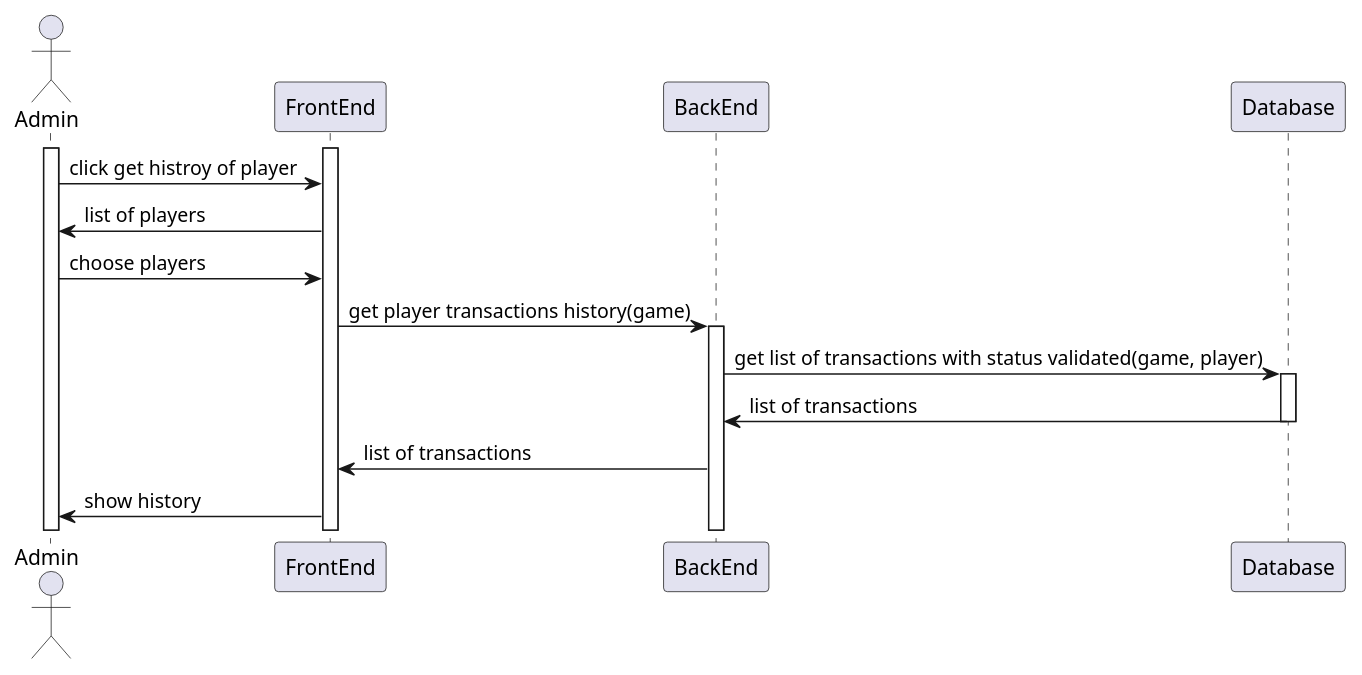
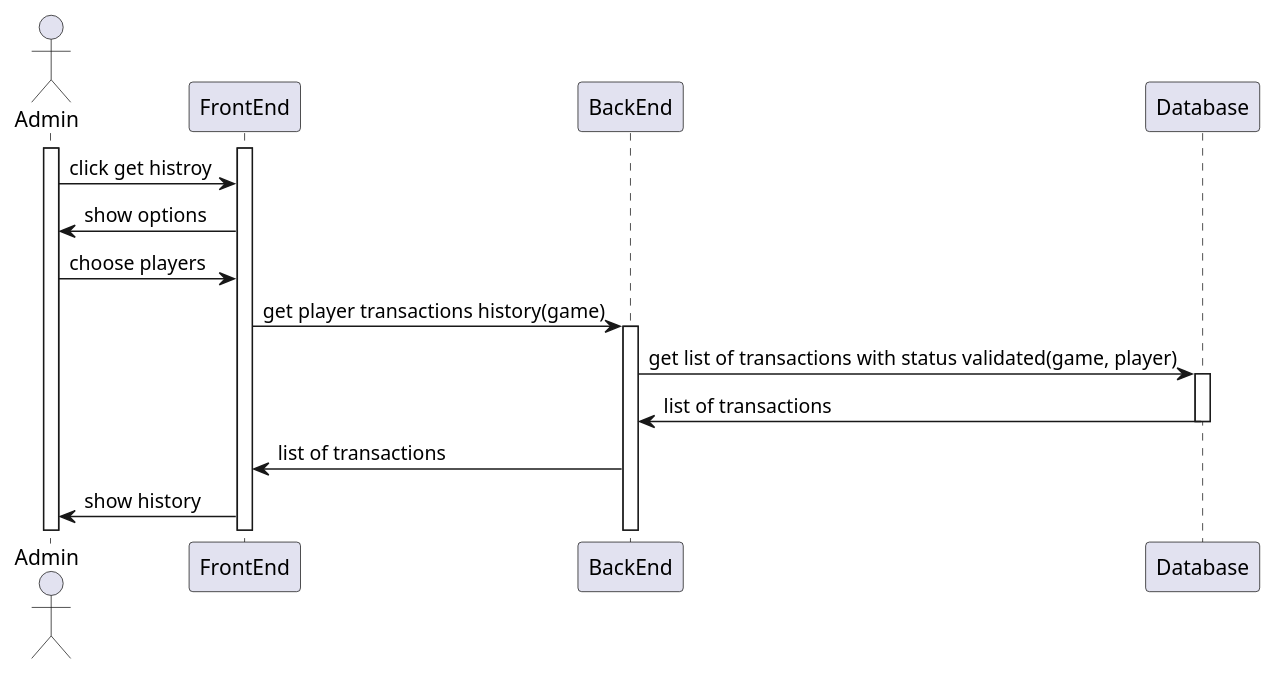
One commit to monoploy-game/design changed the diagram in detailedSDs/admin/see_transactions_history_of_one_player.wsd. Above: the diagram before and after it, drawn with PlantUML. The commit also changed 1 other file, not shown here.

Commit message:
fixed SD and detailed SD of see a player history of transactions usecase

```diff
--- a/detailedSDs/admin/see_transactions_history_of_one_player.wsd
+++ b/detailedSDs/admin/see_transactions_history_of_one_player.wsd
@@ -1,25 +1,25 @@
 @startuml "see transaction history of one player"
 
 actor Admin
 
 Activate Admin
 Activate FrontEnd
 
-Admin -> FrontEnd : click get histroy of player
-FrontEnd -> Admin : list of players
+Admin -> FrontEnd : click get histroy
+FrontEnd -> Admin : show options
 Admin -> FrontEnd : choose players
 FrontEnd -> BackEnd : get player transactions history(game)
 Activate BackEnd
 
 BackEnd -> Database : get list of transactions with status validated(game, player)
 Activate Database
 
 Database -> BackEnd : list of transactions
 deactivate Database
 
 BackEnd -> FrontEnd : list of transactions
 
 
 FrontEnd -> Admin : show history
 
 @enduml
```
